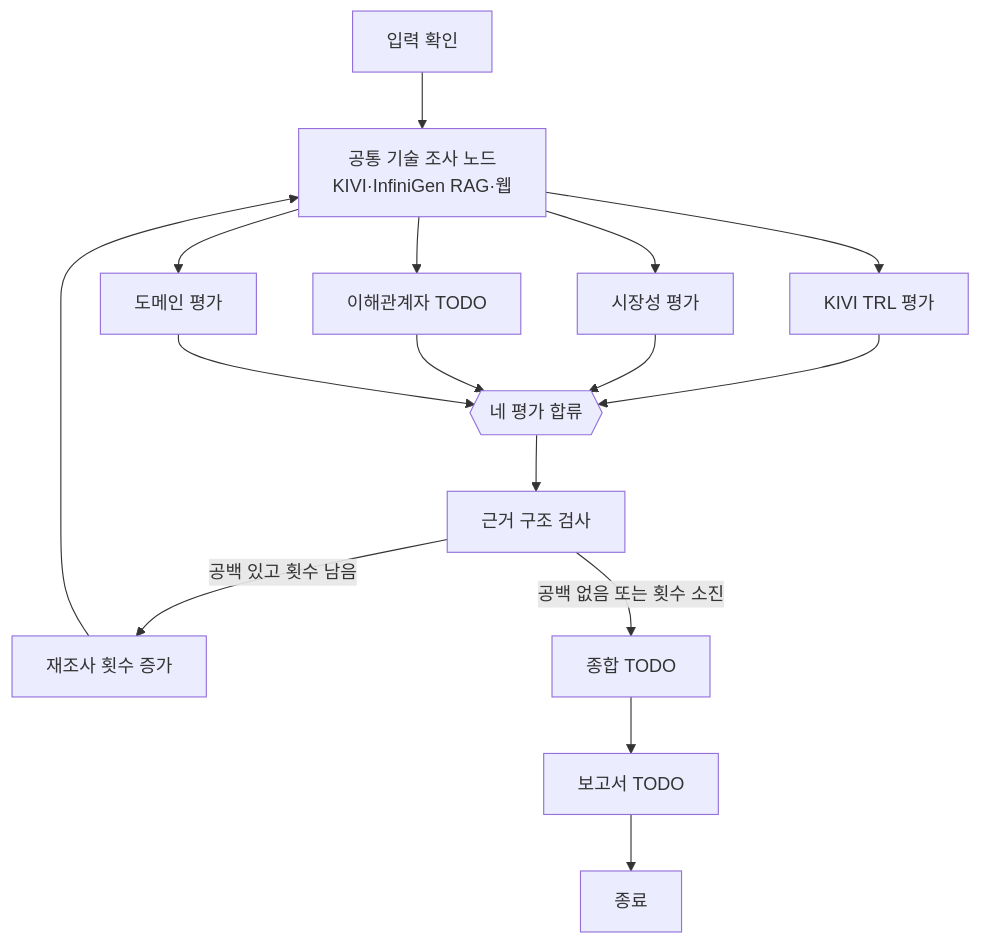
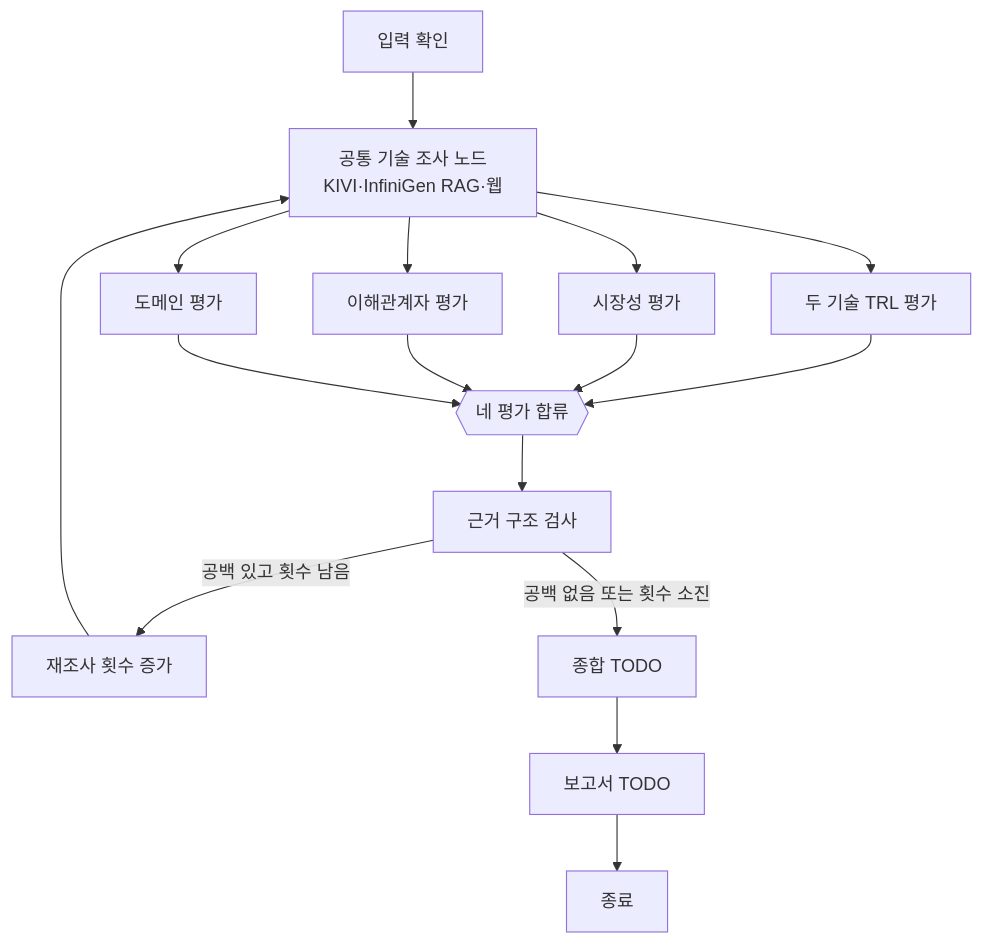
One commit to bmh7190/SKALA-RAG-KV-cache changed the diagram in README.md. Above: the diagram before and after it, drawn with Mermaid. The commit also changed other lines of this file and 5 other files, not shown here.

````diff
--- a/README.md
+++ b/README.md
@@ -76,18 +76,18 @@
 ```mermaid
 flowchart TD
     I[입력 확인] --> R[공통 기술 조사 노드<br/>KIVI·InfiniGen RAG·웹]
-    R --> T[KIVI TRL 평가]
+    R --> T[두 기술 TRL 평가]
     R --> M[시장성 평가]
-    R --> S[이해관계자 TODO]
+    R --> S[이해관계자 평가]
     R --> D[도메인 평가]
     T --> G{{네 평가 합류}}
     M --> G
     S --> G
     D --> G
     G --> C[근거 구조 검사]
     C -->|공백 있고 횟수 남음| N[재조사 횟수 증가]
     N --> R
     C -->|공백 없음 또는 횟수 소진| Y[종합 TODO]
     Y --> P[보고서 TODO]
     P --> E[종료]
 ```
````
